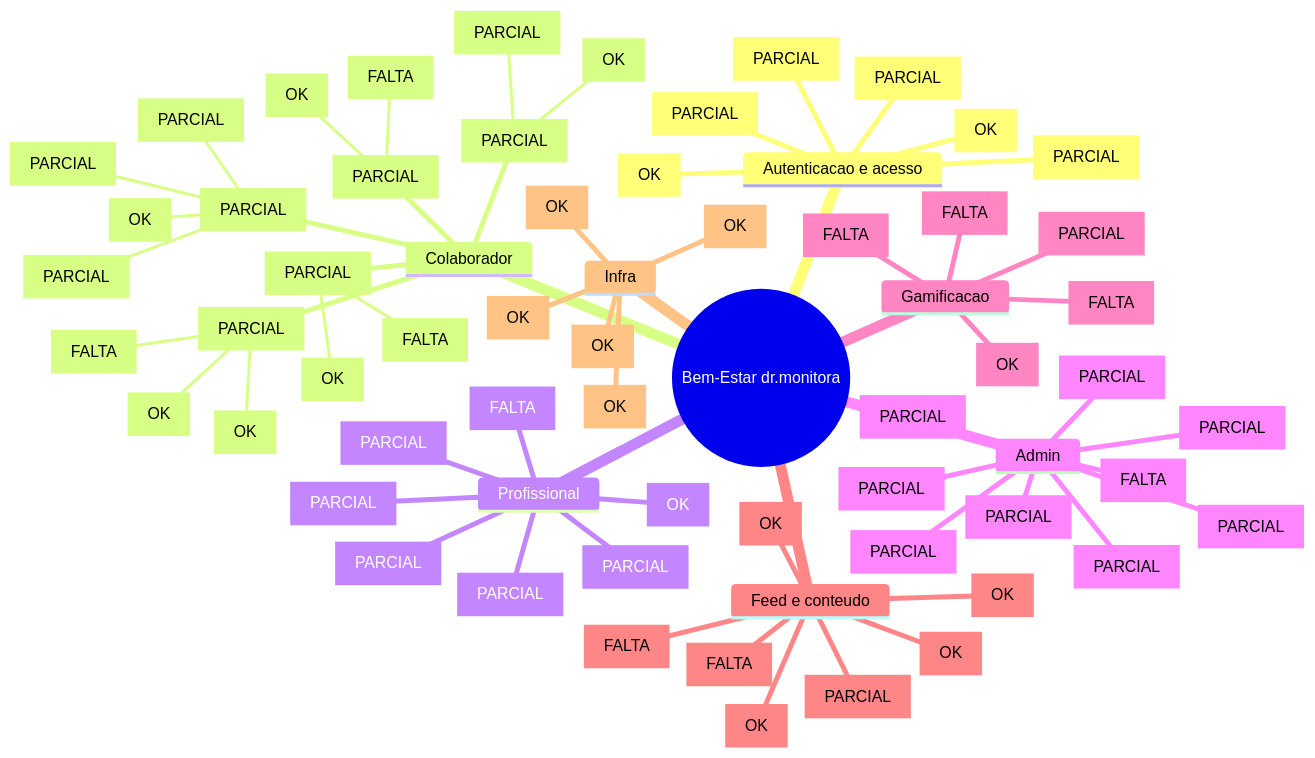
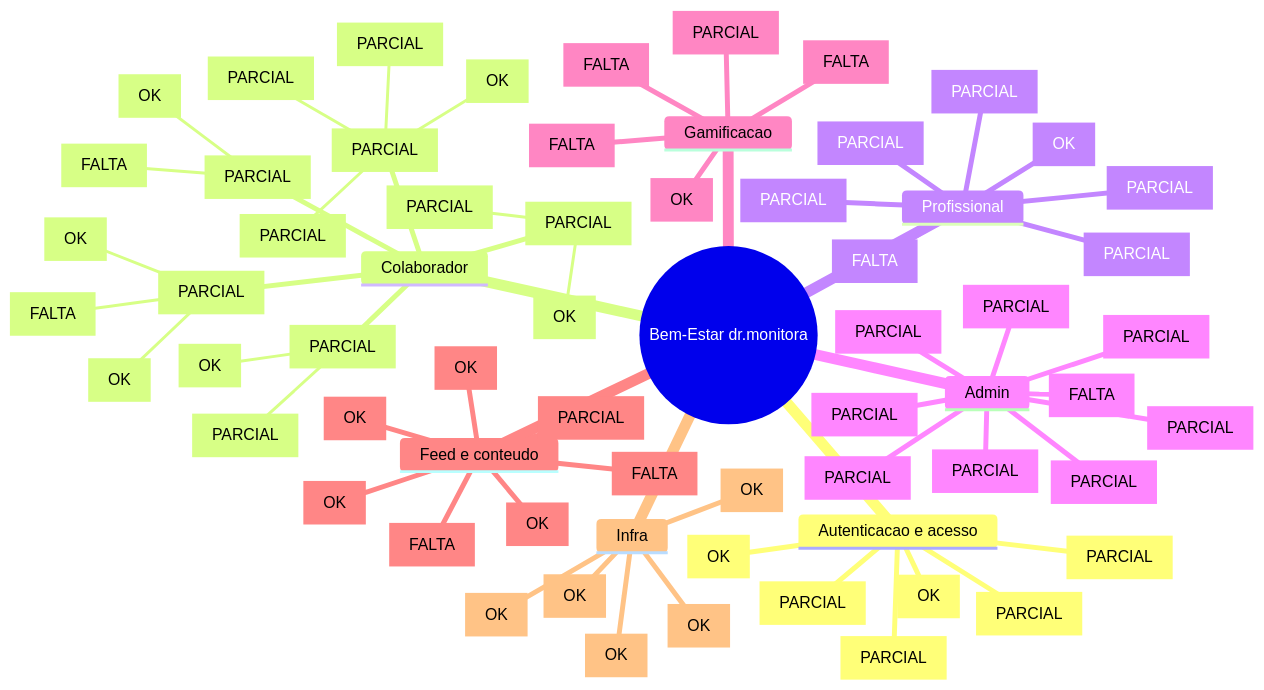
Before and after one commit to felipemaiocch/bem-estar: the diagram in docs/mapa-mental-produto.md, drawn with Mermaid. The commit also changed other lines of this file and 10 other files, not shown here.

````diff
--- a/docs/mapa-mental-produto.md
+++ b/docs/mapa-mental-produto.md
@@ -22,68 +22,68 @@
 ```mermaid
 mindmap
   root((Bem-Estar dr.monitora))
     Autenticacao e acesso
       Login email e senha [OK]
       Cadastro publico [PARCIAL]
       RBAC por papel [OK]
       Aprovacao de cadastro [PARCIAL]
       Grupos e turmas [PARCIAL]
       Primeiro aceite [PARCIAL]
     Colaborador
       Home [PARCIAL]
         Proxima sessao [OK]
         Check-in rapido [PARCIAL]
         Feed [PARCIAL]
         Ranking rapido [PARCIAL]
       Agenda [PARCIAL]
         Reserva real [OK]
         Lista de espera [OK]
         Turmas fechadas [FALTA]
       Progresso [PARCIAL]
         Historico bem-estar [OK]
         Streak real [FALTA]
       Ranking [PARCIAL]
         Score global [OK]
-        Privacidade ranking [FALTA]
+        Privacidade ranking [PARCIAL]
       Perfil [PARCIAL]
         Registros profissionais [OK]
         Termos e consentimentos [PARCIAL]
     Profissional
       Dashboard [PARCIAL]
       Agenda [PARCIAL]
       Registro atendimento [OK]
       Historico paciente [PARCIAL]
       Feed profissional [PARCIAL]
       Comunicacao interna [PARCIAL]
       Avaliacoes [FALTA]
     Admin
       Dashboard [PARCIAL]
       Usuarios [PARCIAL]
       Profissionais [PARCIAL]
       Eventos [PARCIAL]
       Gamificacao [PARCIAL]
       Moderacao [PARCIAL]
       Conteudos [PARCIAL]
       Relatorios [FALTA]
       Compliance [PARCIAL]
     Gamificacao
       Score atual [OK]
       Regras admin [PARCIAL]
       Pontos separados de moedas [FALTA]
       Ledger de transacoes [FALTA]
       Check-in e streak [FALTA]
     Feed e conteudo
       Posts [OK]
       Curtidas [OK]
       Comentarios [OK]
       Chave para bloquear postagem [OK]
       Fila aprovacao [FALTA]
       Blog dicas especialistas [FALTA]
       Links e embeds [PARCIAL]
     Infra
       Next.js 16 App Router [OK]
       Prisma e Neon [OK]
       Vercel [OK]
       PWA manifest [OK]
       GitHub remoto [OK]
 ```
````
